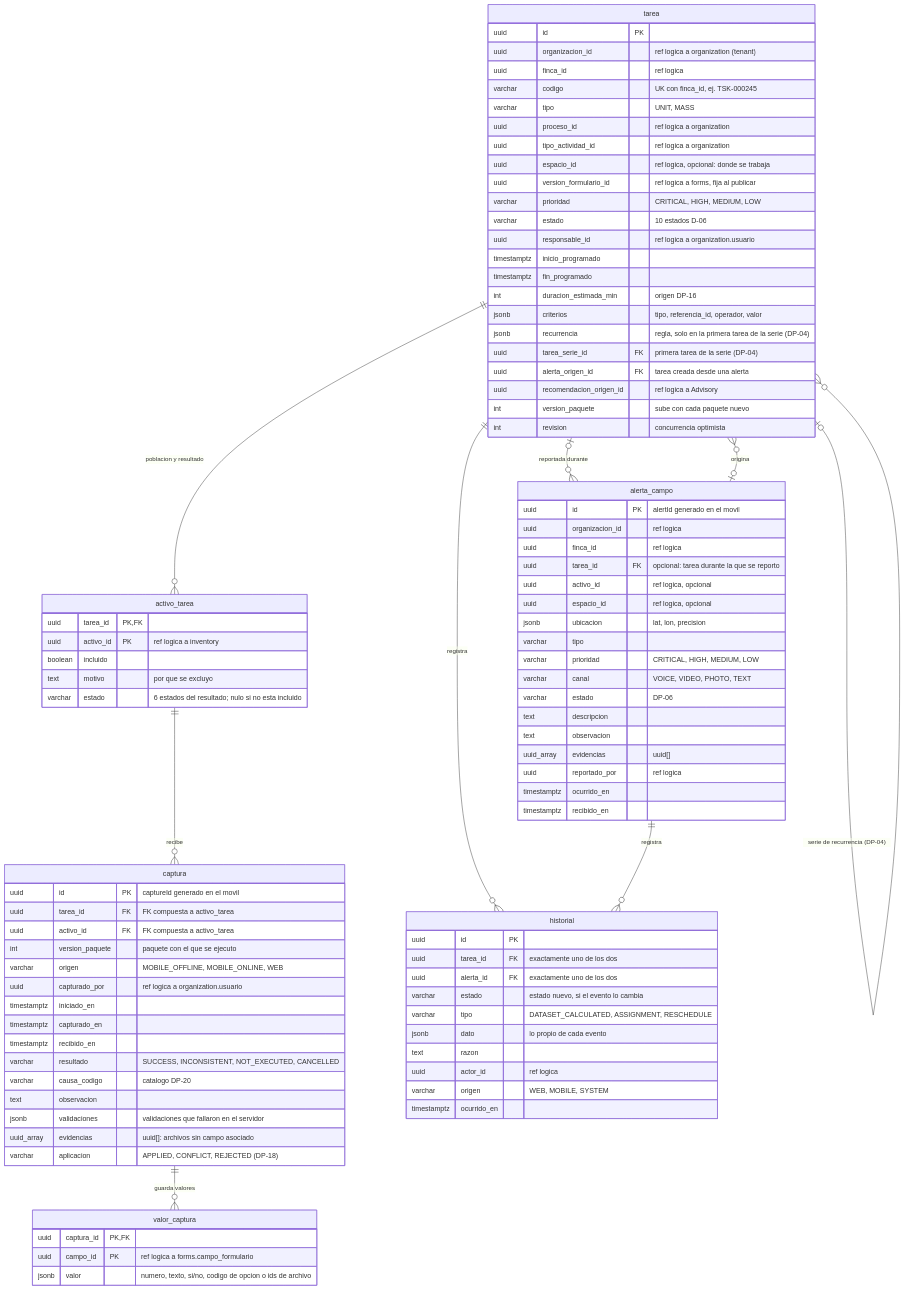
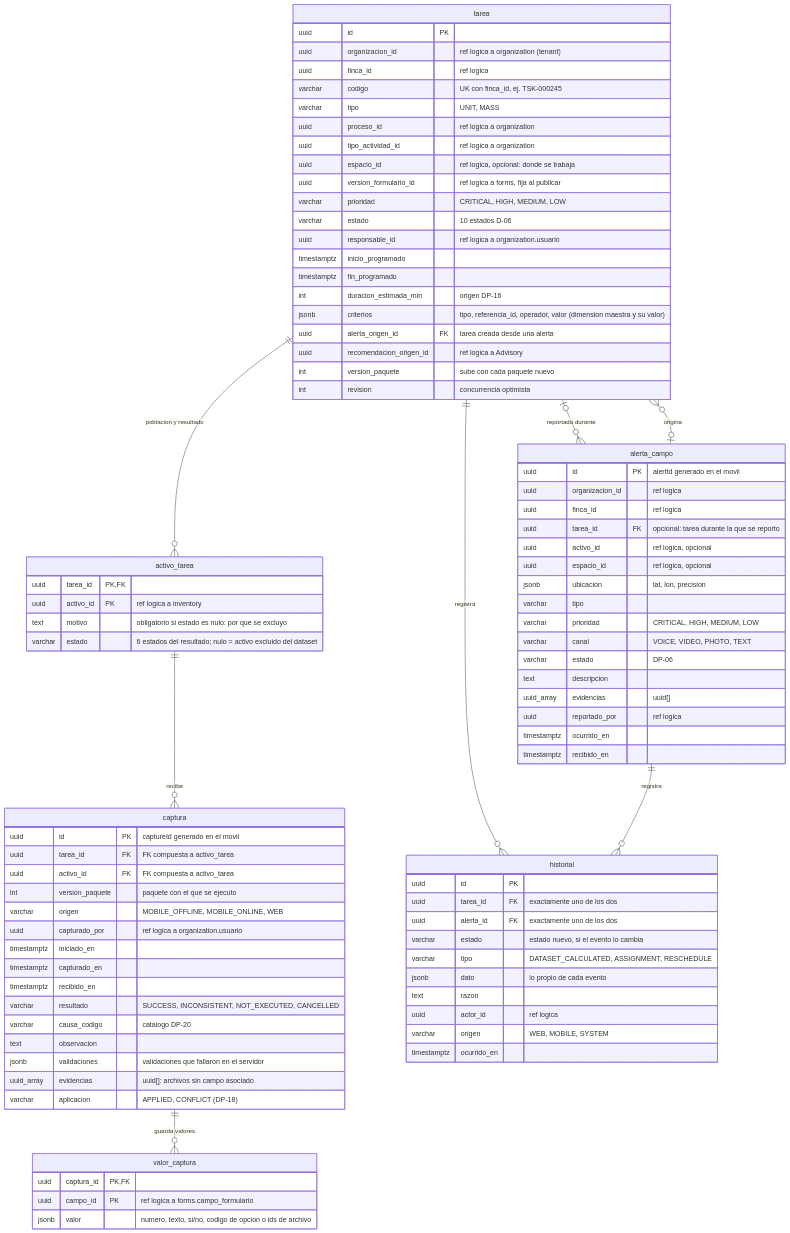
One commit to miguelpdv-lgtm/Ganus-contexto changed the diagram in modelo-datos/planificacion.md. Above: the diagram before and after it, drawn with Mermaid. The commit also changed other lines of this file and 11 other files, not shown here.

````diff
--- a/modelo-datos/planificacion.md
+++ b/modelo-datos/planificacion.md
@@ -19,6 +20,5 @@
 ```mermaid
 erDiagram
-    tarea |o--o{ tarea : "serie de recurrencia (DP-04)"
     tarea ||--o{ activo_tarea : "poblacion y resultado"
     activo_tarea ||--o{ captura : "recibe"
     captura ||--o{ valor_captura : "guarda valores"
@@ -43,9 +43,7 @@
         timestamptz inicio_programado
         timestamptz fin_programado
         int duracion_estimada_min "origen DP-16"
-        jsonb criterios "tipo, referencia_id, operador, valor"
-        jsonb recurrencia "regla, solo en la primera tarea de la serie (DP-04)"
-        uuid tarea_serie_id FK "primera tarea de la serie (DP-04)"
+        jsonb criterios "tipo, referencia_id, operador, valor (dimension maestra y su valor)"
         uuid alerta_origen_id FK "tarea creada desde una alerta"
         uuid recomendacion_origen_id "ref logica a Advisory"
         int version_paquete "sube con cada paquete nuevo"
@@ -54,9 +52,8 @@
     activo_tarea {
         uuid tarea_id PK, FK
         uuid activo_id PK "ref logica a inventory"
-        boolean incluido
-        text motivo "por que se excluyo"
-        varchar estado "6 estados del resultado; nulo si no esta incluido"
+        text motivo "obligatorio si estado es nulo: por que se excluyo"
+        varchar estado "6 estados del resultado; nulo = activo excluido del dataset"
     }
     captura {
         uuid id PK "captureId generado en el movil"
@@ -73,7 +70,7 @@
         text observacion
         jsonb validaciones "validaciones que fallaron en el servidor"
         uuid_array evidencias "uuid[]: archivos sin campo asociado"
-        varchar aplicacion "APPLIED, CONFLICT, REJECTED (DP-18)"
+        varchar aplicacion "APPLIED, CONFLICT (DP-18)"
     }
     valor_captura {
         uuid captura_id PK, FK
@@ -93,7 +90,6 @@
         varchar canal "VOICE, VIDEO, PHOTO, TEXT"
         varchar estado "DP-06"
         text descripcion
-        text observacion
         uuid_array evidencias "uuid[]"
         uuid reportado_por "ref logica"
         timestamptz ocurrido_en
````
